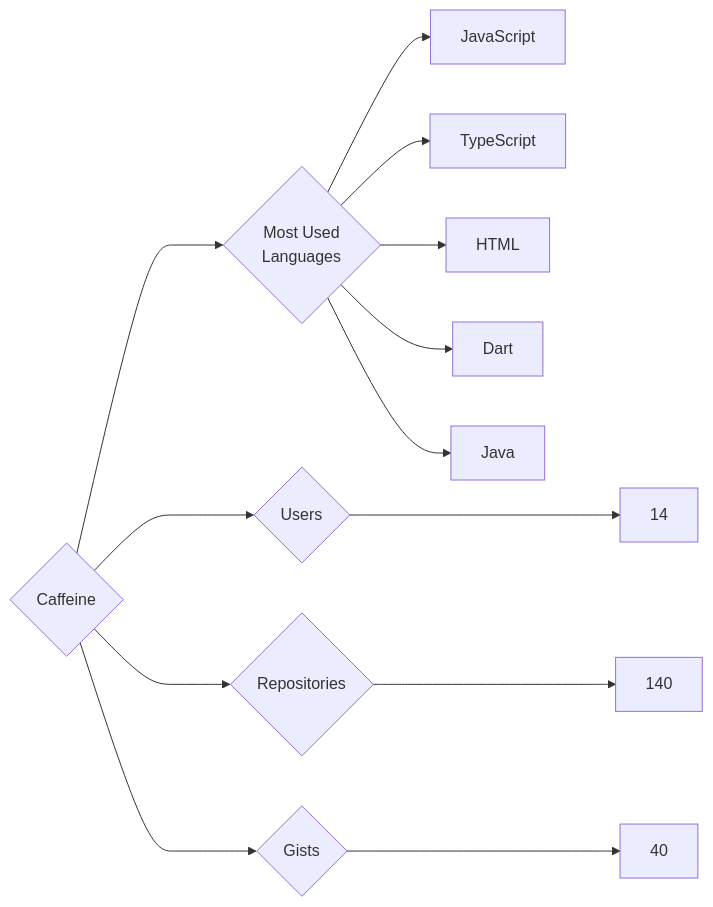
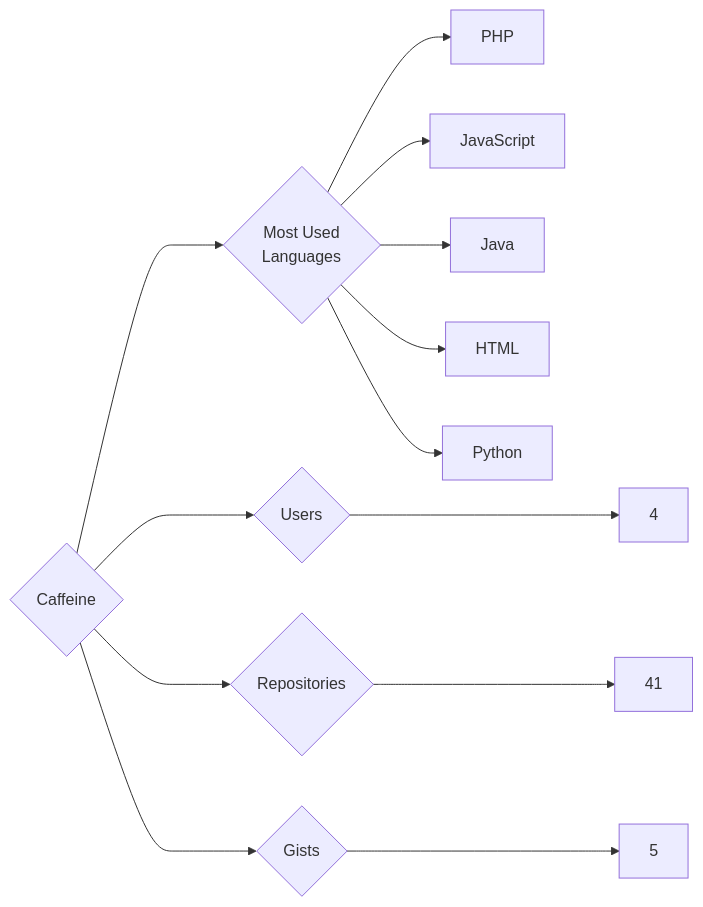
One commit to trickest/insiders changed the diagram in targets/Caffeine/README.md. Above: the diagram before and after it, drawn with Mermaid. The commit also changed 984 other files, not shown here.

````diff
--- a/targets/Caffeine/README.md
+++ b/targets/Caffeine/README.md
@@ -3,13 +3,13 @@
 ```mermaid
 graph LR
 COMPANY_NAME{Caffeine}
-COMPANY_NAME ---> U{Users} ---> UN[14]
-COMPANY_NAME ---> R{Repositories} ---> RN[140]
-COMPANY_NAME ---> G{Gists} ---> GN[40]
+COMPANY_NAME ---> U{Users} ---> UN[4]
+COMPANY_NAME ---> R{Repositories} ---> RN[41]
+COMPANY_NAME ---> G{Gists} ---> GN[5]
 COMPANY_NAME ---> ML{Most Used<br>Languages}
+ML --> PHP[PHP]
 ML --> JavaScript[JavaScript]
-ML --> TypeScript[TypeScript]
+ML --> Java[Java]
 ML --> HTML[HTML]
-ML --> Dart[Dart]
-ML --> Java[Java]
+ML --> Python[Python]
 ```
````
